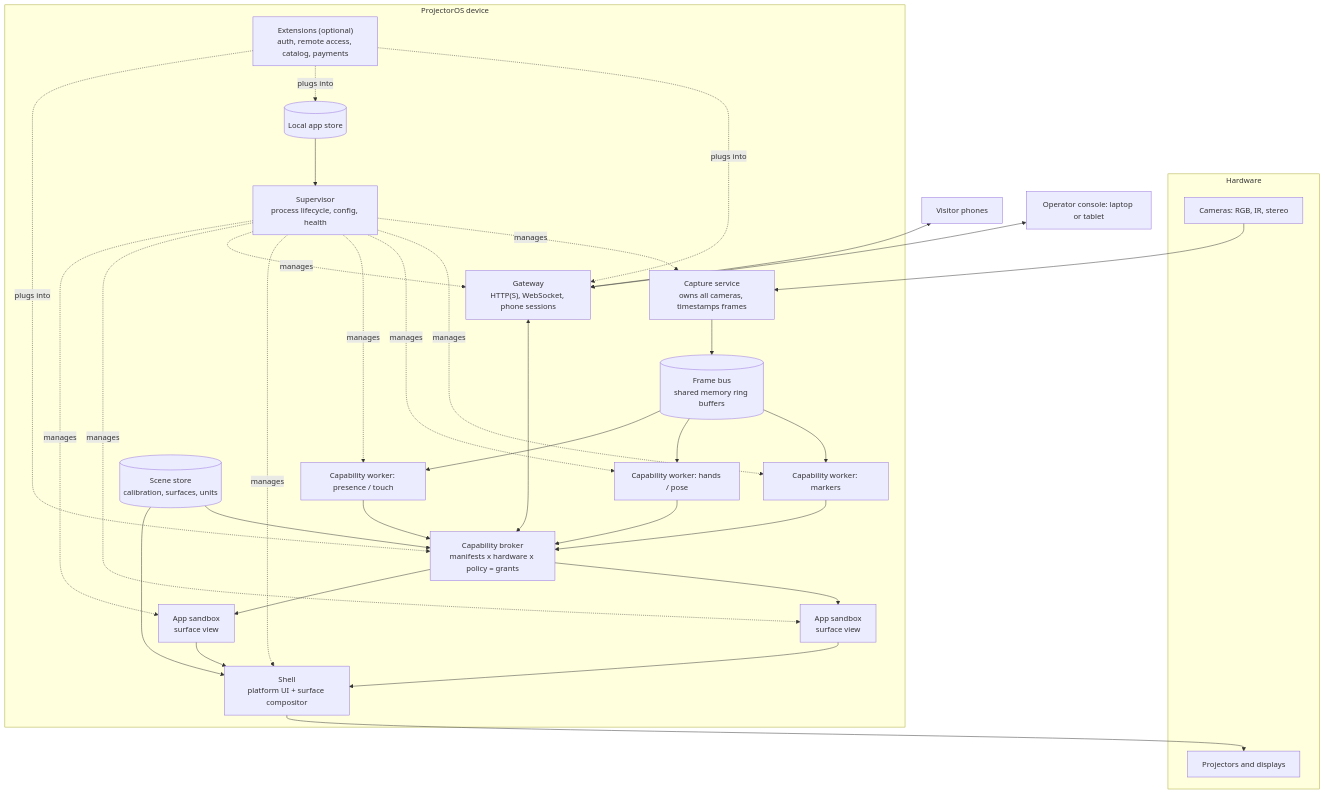
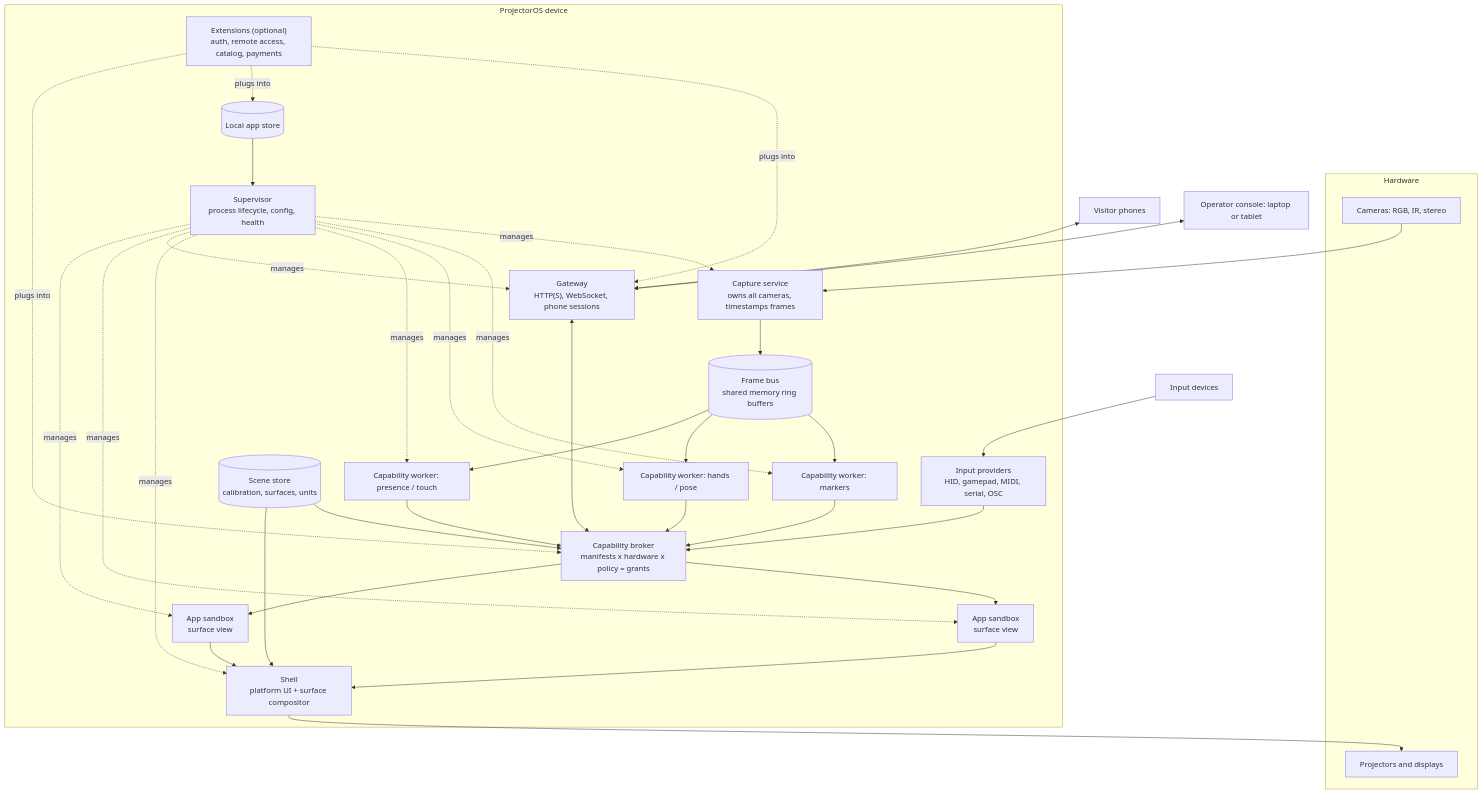
Before and after one commit to ProjectorOS/projector-os: the second of 12 diagrams in docs/architecture.md, drawn with Mermaid. The commit also changed other lines of this file, not shown here.

First line of the commit message:
Add pluggable marker families, input devices and tangibles

````diff
--- a/docs/architecture.md
+++ b/docs/architecture.md
@@ -68,41 +68,43 @@
 ```mermaid
 flowchart TB
   subgraph HW[Hardware]
     CAMS[Cameras: RGB, IR, stereo]
     PROJ[Projectors and displays]
   end
 
   subgraph Device["ProjectorOS device"]
     SUP["Supervisor<br/>process lifecycle, config, health"]
     BRK["Capability broker<br/>manifests x hardware x policy = grants"]
     CAPT["Capture service<br/>owns all cameras, timestamps frames"]
     FB[("Frame bus<br/>shared memory ring buffers")]
     W1["Capability worker: markers"]
     W2["Capability worker: hands / pose"]
     W3["Capability worker: presence / touch"]
+    INP["Input providers<br/>HID, gamepad, MIDI, serial, OSC"]
     SCN[("Scene store<br/>calibration, surfaces, units")]
     GW["Gateway<br/>HTTP(S), WebSocket, phone sessions"]
     SHELL["Shell<br/>platform UI + surface compositor"]
     SB1["App sandbox<br/>surface view"]
     SB2["App sandbox<br/>surface view"]
     STORE[("Local app store")]
     EXT["Extensions (optional)<br/>auth, remote access, catalog, payments"]
   end
 
   PHONES[Visitor phones]
   OPC[Operator console: laptop or tablet]
 
   CAMS --> CAPT --> FB
   FB --> W1 & W2 & W3
   W1 & W2 & W3 --> BRK
+  DEVS[Input devices] --> INP --> BRK
   SCN --> BRK
   SCN --> SHELL
   BRK --> SB1 & SB2
   SB1 & SB2 --> SHELL --> PROJ
   SUP -. manages .-> CAPT & W1 & W2 & W3 & SHELL & GW & SB1 & SB2
   STORE --> SUP
   GW <--> BRK
   PHONES <--> GW
   OPC <--> GW
   EXT -. plugs into .-> GW & STORE & BRK
 ```
````
